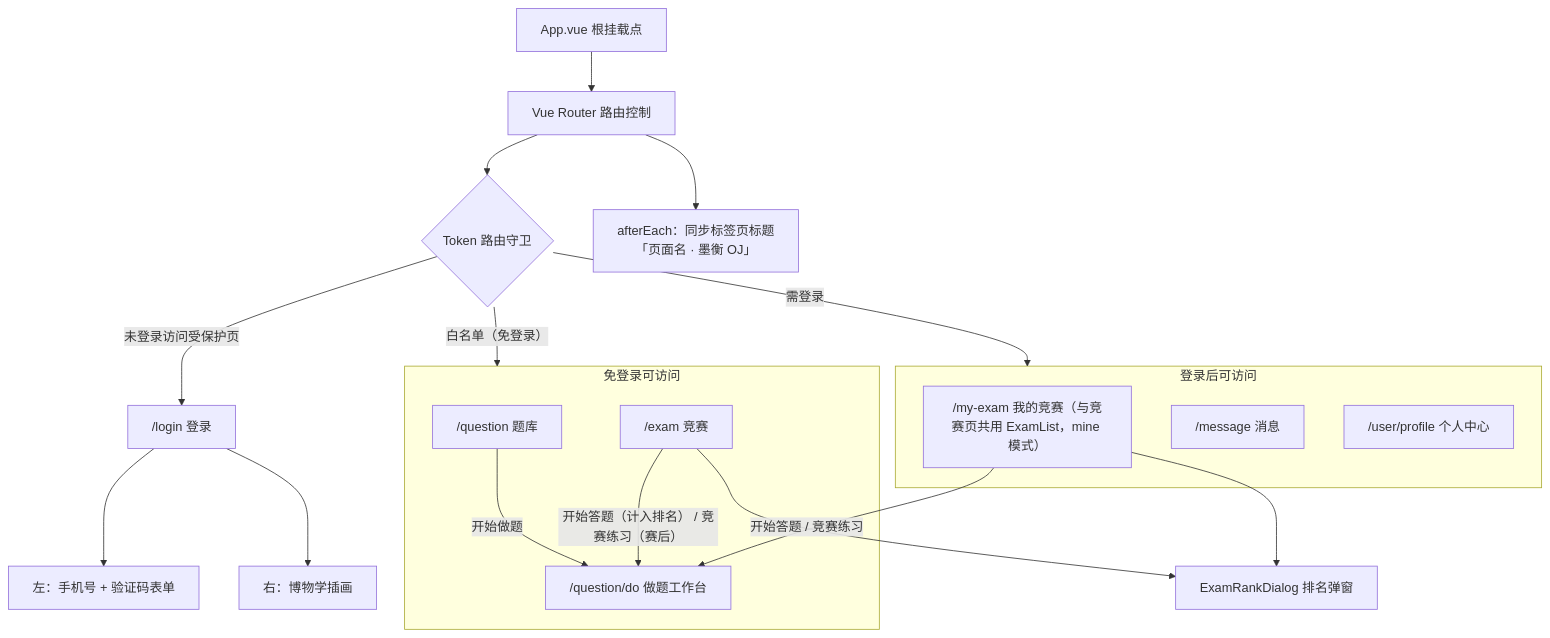
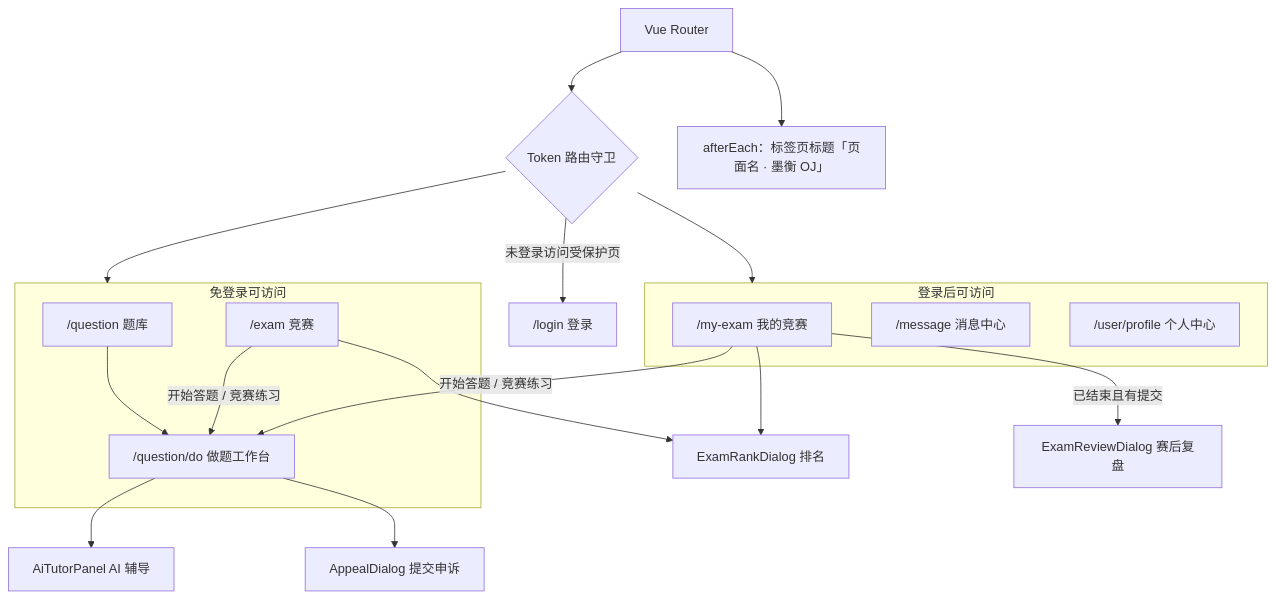
The seventh of 10 diagrams in README.md (pluchon/online_oj_vue), drawn with Mermaid before and after one commit. The commit also changed other lines of this file and 20 other files, not shown here.

````diff
--- a/README.md
+++ b/README.md
@@ -166,30 +212,30 @@
 ```mermaid
 flowchart TD
-    App["App.vue 根挂载点"] --> Router["Vue Router 路由控制"]
-    Router --> Guard{"Token 路由守卫"}
-    Router --> Title["afterEach：同步标签页标题<br/>「页面名 · 墨衡 OJ」"]
-
-    Guard --"白名单（免登录）"--> Public
-    Guard --"需登录"--> Private
-    Guard --"未登录访问受保护页"--> Login["/login 登录"]
+    Router["Vue Router"] --> Guard{"Token 路由守卫"}
+    Router --> Title["afterEach：标签页标题「页面名 · 墨衡 OJ」"]
 
     subgraph Public["免登录可访问"]
         QList["/question 题库"]
         QDo["/question/do 做题工作台"]
         EList["/exam 竞赛"]
     end
 
     subgraph Private["登录后可访问"]
-        MyExam["/my-exam 我的竞赛（与竞赛页共用 ExamList，mine 模式）"]
-        Msg["/message 消息"]
+        MyExam["/my-exam 我的竞赛"]
+        Msg["/message 消息中心"]
         Profile["/user/profile 个人中心"]
     end
 
-    Login --> LoginForm["左：手机号 + 验证码表单"]
-    Login --> LoginArt["右：博物学插画"]
-    QList --"开始做题"--> QDo
-    EList --"开始答题（计入排名） / 竞赛练习（赛后）"--> QDo
+    Guard --> Public
+    Guard --> Private
+    Guard --"未登录访问受保护页"--> Login["/login 登录"]
+
+    QList --> QDo
+    EList --"开始答题 / 竞赛练习"--> QDo
     MyExam --"开始答题 / 竞赛练习"--> QDo
-    EList --> ERank["ExamRankDialog 排名弹窗"]
-    MyExam --> ERank
+    EList --> Rank["ExamRankDialog 排名"]
+    MyExam --> Rank
+    MyExam --"已结束且有提交"--> Review["ExamReviewDialog 赛后复盘"]
+    QDo --> Tutor["AiTutorPanel AI 辅导"]
+    QDo --> AppealDlg["AppealDialog 提交申诉"]
 ```
````
